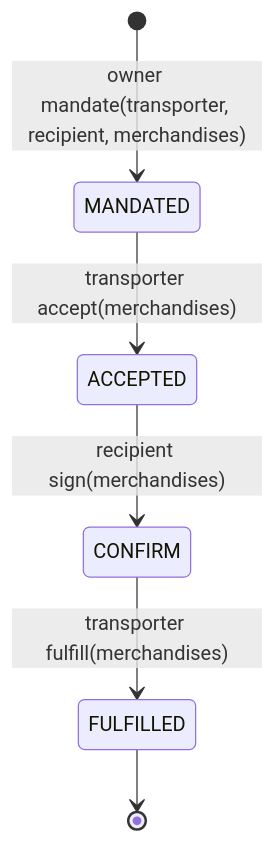
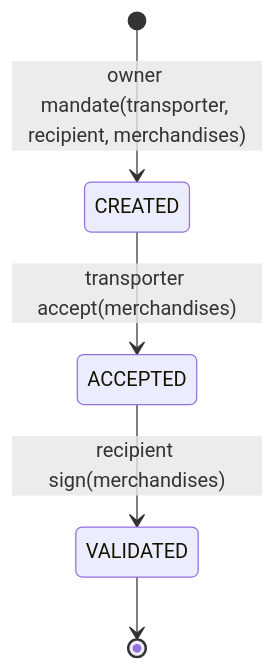
Before and after one commit to ncoquelet/RobinWood: the diagram in backend/docs/mandate_workflow.md, drawn with Mermaid. The commit also changed 2 other files, not shown here.

Commit message:
diagrams

````diff
--- a/backend/docs/mandate_workflow.md
+++ b/backend/docs/mandate_workflow.md
@@ -1,10 +1,9 @@
 ```mermaid
 stateDiagram-v2
 
-  [*] --> MANDATED: owner mandate(transporter, recipient, merchandises)
-  MANDATED --> ACCEPTED: transporter accept(merchandises)
-  ACCEPTED --> CONFIRM: recipient sign(merchandises)
-  CONFIRM --> FULFILLED: transporter fulfill(merchandises)
-  FULFILLED --> [*]
+  [*] --> CREATED: owner mandate(transporter, recipient, merchandises)
+  CREATED --> ACCEPTED: transporter accept(merchandises)
+  ACCEPTED --> VALIDATED: recipient sign(merchandises)
+  VALIDATED --> [*]
 
 ```
````
